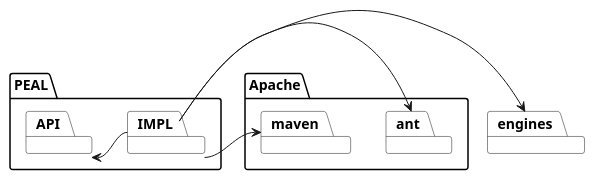
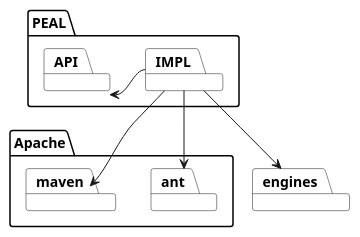
Before and after one commit to uniba-dsg/betsy: the diagram in peal/doc/architecture.puml, drawn with PlantUML. The commit also changed 5 other files, not shown here.

```diff
--- a/peal/doc/architecture.puml
+++ b/peal/doc/architecture.puml
@@ -1,30 +1,33 @@
 @startuml
 package Apache {
 	package ant
 	package maven
 }
+
 package engines
 
 package PEAL {
 	package IMPL
 	package API
+}
 
-	API <- IMPL
-	IMPL -> ant
-	IMPL -> maven
-	IMPL -> engines
-}
+API <- IMPL
+IMPL -> ant
+IMPL --> maven
+IMPL --> engines
+
+
 
 
 hide empty members
 hide empty methods
 hide circle
 
 skinparam monochrome true
 skinparam shadowing false
 skinparam packageStyle rect
 skinparam classBackgroundColor white
 skinparam nodeBackgroundColor white
 skinparam frameBackgroundColor white
 skinparam packageBackgroundColor white
 @enduml
```
